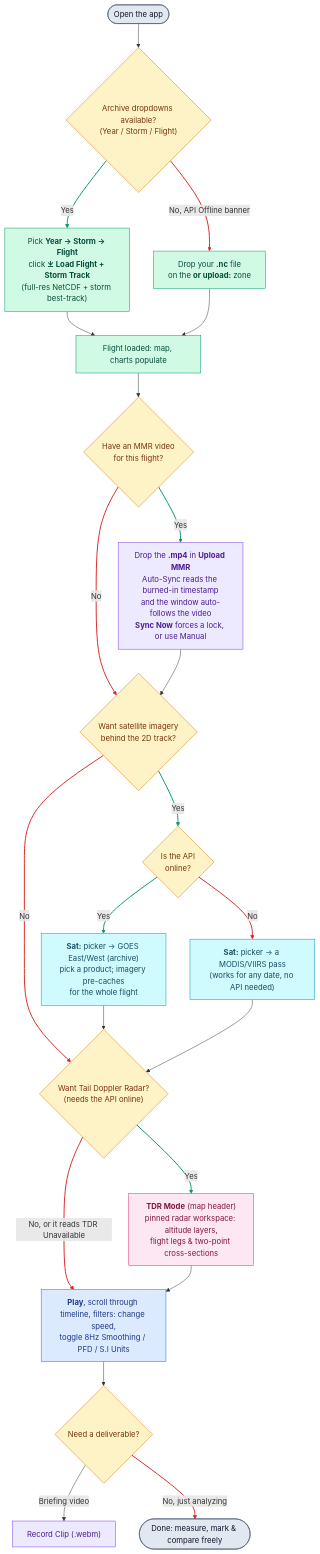
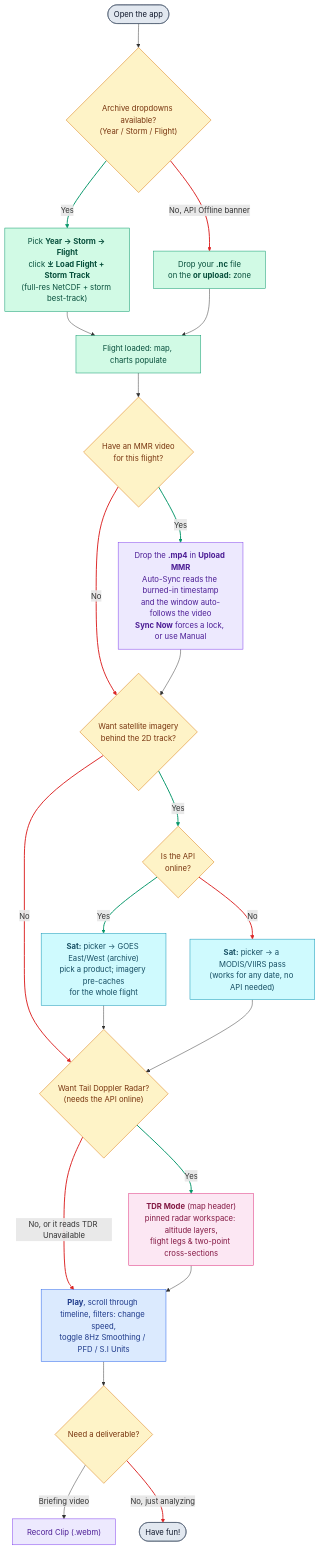
The diagram in README.md (diegoxb07/AOCVisualizer), drawn with Mermaid before and after one commit.

Commit message:
UI overhaul

````diff
--- a/README.md
+++ b/README.md
@@ -21,42 +21,42 @@
 ```mermaid
 flowchart TD
     START(["Open the app"]) --> ARCHIVE{"Archive dropdowns available?<br>(Year / Storm / Flight)"}
     ARCHIVE -- "Yes" --> LOADARC["Pick <b>Year → Storm → Flight</b><br>click <b>⤓ Load Flight + Storm Track</b><br>(full-res NetCDF + storm best-track)"]
     ARCHIVE -- "No, API Offline banner" --> UPLOAD["Drop your <b>.nc</b> file<br>on the <b>or upload:</b> zone"]
     LOADARC --> LOADED["Flight loaded: map, charts populate"]
     UPLOAD --> LOADED
     LOADED --> MMR{"Have an MMR video<br>for this flight?"}
     MMR -- "Yes" --> VIDEO["Drop the <b>.mp4</b> in <b>Upload MMR</b><br>Auto-Sync reads the burned-in timestamp<br>and the window auto-follows the video<br><b>Sync Now</b> forces a lock, or use Manual"]
     MMR -- "No" --> SAT{"Want satellite imagery<br>behind the 2D track?"}
     VIDEO --> SAT
     SAT -- "Yes" --> FROMARC{"Is the API<br>online?"}
     FROMARC -- "Yes" --> SATGOES["<b>Sat:</b> picker → GOES East/West (archive)<br>pick a product; imagery pre-caches<br>for the whole flight"]
     FROMARC -- "No" --> SATPOLAR["<b>Sat:</b> picker → a MODIS/VIIRS pass<br>(works for any date, no API needed)"]
     SAT -- "No" --> TDRQ{"Want Tail Doppler Radar?<br>(needs the API online)"}
     SATGOES --> TDRQ
     SATPOLAR --> TDRQ
     TDRQ -- "Yes" --> TDRMODE["<b>TDR Mode</b> (map header)<br>pinned radar workspace: altitude layers,<br>flight legs & two-point cross-sections"]
     TDRQ -- "No, or it reads TDR Unavailable" --> PLAY["<b>Play</b>, scroll through timeline, filters: change speed,<br>toggle 8Hz Smoothing / PFD / S.I Units"]
     TDRMODE --> PLAY
     PLAY --> EXPORT{"Need a deliverable?"}
     EXPORT -- "Briefing video" --> CLIP["Record Clip (.webm)"]
-    EXPORT -- "No, just analyzing" --> DONE(["Done: measure, mark & compare freely"])
+    EXPORT -- "No, just analyzing" --> DONE(["Have fun!"])
 
     classDef decision fill:#fef3c7,stroke:#d97706,color:#78350f
     classDef data fill:#d1fae5,stroke:#059669,color:#064e3b
     classDef mmr fill:#ede9fe,stroke:#7c3aed,color:#4c1d95
     classDef sat fill:#cffafe,stroke:#0891b2,color:#164e63
     classDef tdr fill:#fce7f3,stroke:#db2777,color:#831843
     classDef playback fill:#dbeafe,stroke:#2563eb,color:#1e3a8a
     classDef term fill:#e2e8f0,stroke:#475569,color:#0f172a
     class ARCHIVE,MMR,SAT,FROMARC,TDRQ,EXPORT decision
     class LOADARC,UPLOAD,LOADED data
     class VIDEO,CLIP mmr
     class SATGOES,SATPOLAR sat
     class TDRMODE tdr
     class PLAY playback
     class START,DONE term
     %% linkStyle numbers = edge definition order above; update them if edges are added or reordered
     linkStyle 1,6,9,10,15 stroke:#059669,stroke-width:2px
     linkStyle 2,7,11,12,16,20 stroke:#dc2626,stroke-width:2px
 ```
````
